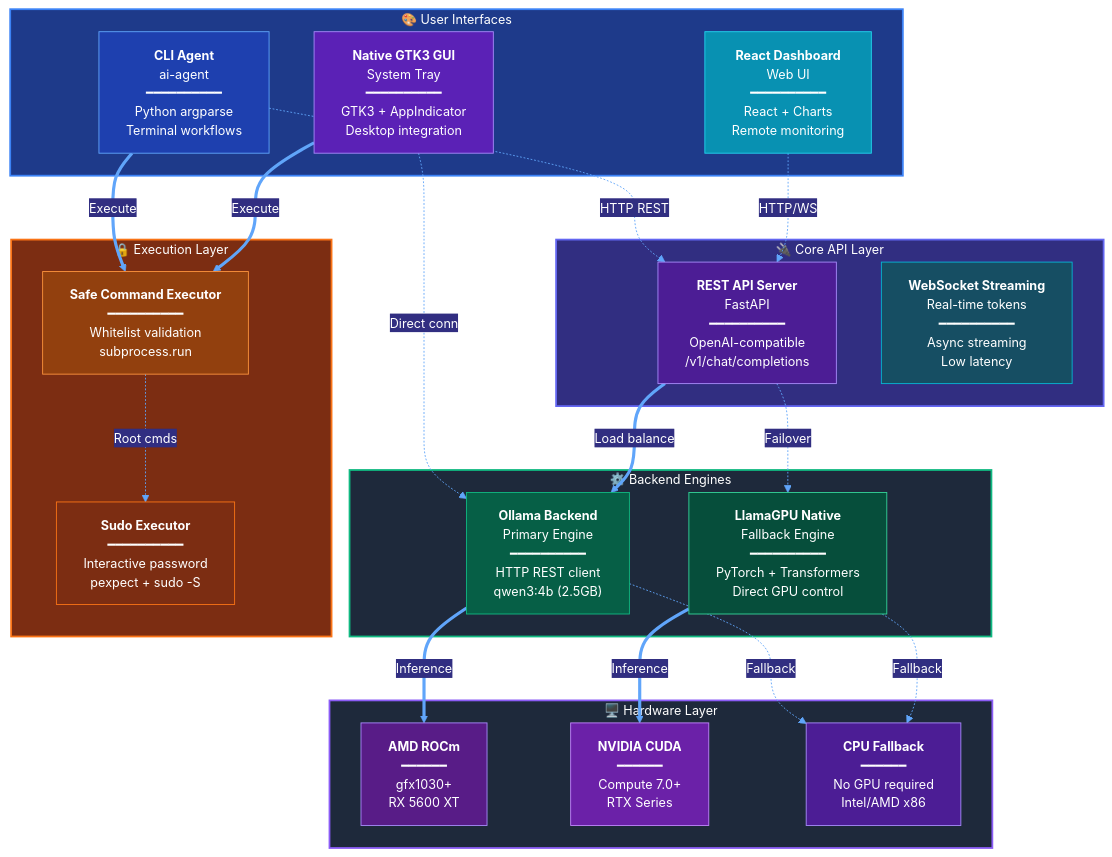
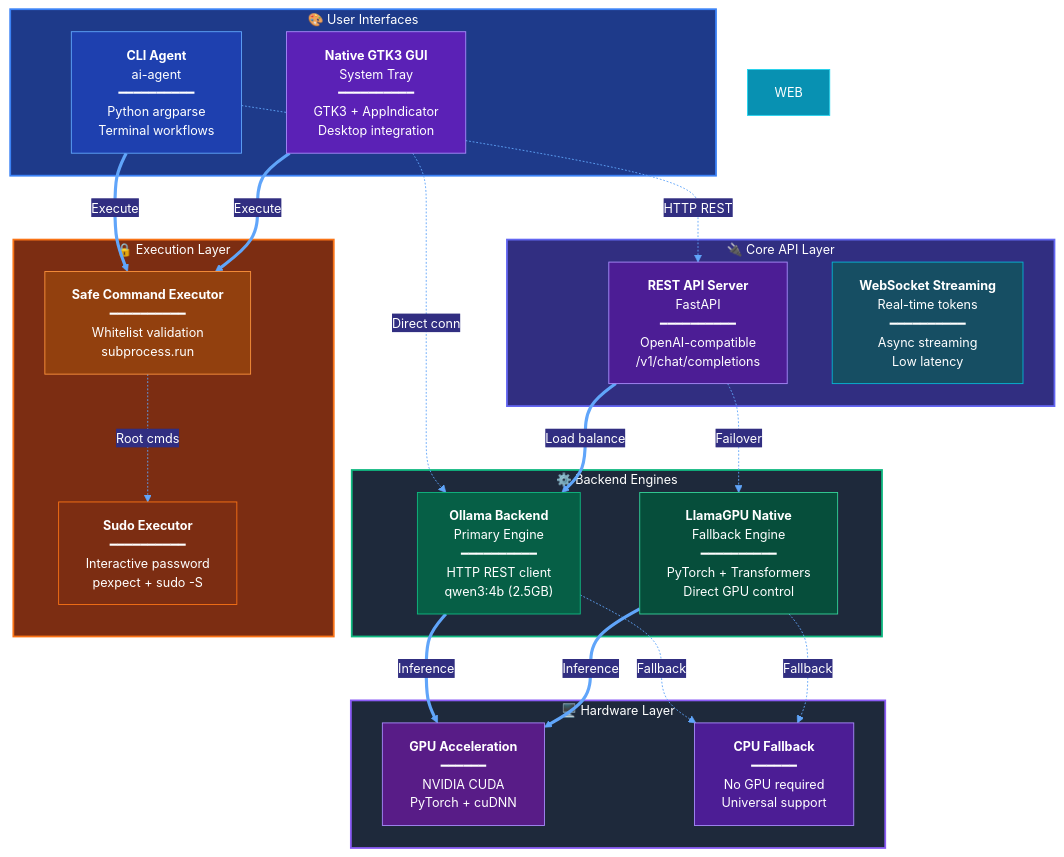
The first of 5 diagrams in README.md (hkevin01/Llama-GPU), drawn with Mermaid before and after one commit. The commit also changed other lines of this file and 1 other file, not shown here.

````diff
--- a/README.md
+++ b/README.md
@@ -77,65 +75,61 @@
 ```mermaid
 %%{init: {'theme':'base', 'themeVariables': { 'primaryColor':'#1e3a8a','primaryTextColor':'#fff','primaryBorderColor':'#3b82f6','lineColor':'#60a5fa','secondaryColor':'#312e81','tertiaryColor':'#1e293b','background':'#0f172a','mainBkg':'#1e293b','secondaryBkg':'#312e81','tertiaryBkg':'#1e3a8a','textColor':'#e2e8f0','fontSize':'14px'}}}%%
 graph TB
     subgraph UI["🎨 User Interfaces"]
         CLI["<b>CLI Agent</b><br/>ai-agent<br/>━━━━━━━━━━<br/>Python argparse<br/>Terminal workflows"]
         GUI["<b>Native GTK3 GUI</b><br/>System Tray<br/>━━━━━━━━━━<br/>GTK3 + AppIndicator<br/>Desktop integration"]
-        WEB["<b>React Dashboard</b><br/>Web UI<br/>━━━━━━━━━━<br/>React + Charts<br/>Remote monitoring"]
     end
 
     subgraph API["🔌 Core API Layer"]
         REST["<b>REST API Server</b><br/>FastAPI<br/>━━━━━━━━━━<br/>OpenAI-compatible<br/>/v1/chat/completions"]
         WS["<b>WebSocket Streaming</b><br/>Real-time tokens<br/>━━━━━━━━━━<br/>Async streaming<br/>Low latency"]
     end
 
     subgraph BACKEND["⚙️ Backend Engines"]
         OLLAMA["<b>Ollama Backend</b><br/>Primary Engine<br/>━━━━━━━━━━<br/>HTTP REST client<br/>qwen3:4b (2.5GB)"]
         LLAMA["<b>LlamaGPU Native</b><br/>Fallback Engine<br/>━━━━━━━━━━<br/>PyTorch + Transformers<br/>Direct GPU control"]
     end
 
     subgraph EXEC["🔒 Execution Layer"]
         SAFE["<b>Safe Command Executor</b><br/>━━━━━━━━━━<br/>Whitelist validation<br/>subprocess.run"]
         SUDO["<b>Sudo Executor</b><br/>━━━━━━━━━━<br/>Interactive password<br/>pexpect + sudo -S"]
     end
 
     subgraph HW["🖥️ Hardware Layer"]
-        GPU["<b>AMD ROCm</b><br/>━━━━━━<br/>gfx1030+<br/>RX 5600 XT"]
-        CUDA["<b>NVIDIA CUDA</b><br/>━━━━━━<br/>Compute 7.0+<br/>RTX Series"]
-        CPU["<b>CPU Fallback</b><br/>━━━━━━<br/>No GPU required<br/>Intel/AMD x86"]
+        GPU["<b>GPU Acceleration</b><br/>━━━━━━<br/>NVIDIA CUDA<br/>PyTorch + cuDNN"]
+        CPU["<b>CPU Fallback</b><br/>━━━━━━<br/>No GPU required<br/>Universal support"]
     end
 
     CLI -.->|"HTTP REST"| REST
     GUI -.->|"Direct conn"| OLLAMA
-    WEB -.->|"HTTP/WS"| REST
 
     REST ==>|"Load balance"| OLLAMA
     REST -.->|"Failover"| LLAMA
 
     CLI ==>|"Execute"| SAFE
     GUI ==>|"Execute"| SAFE
     SAFE -.->|"Root cmds"| SUDO
 
     OLLAMA ==>|"Inference"| GPU
     OLLAMA -.->|"Fallback"| CPU
-    LLAMA ==>|"Inference"| CUDA
+    LLAMA ==>|"Inference"| GPU
     LLAMA -.->|"Fallback"| CPU
 
     style UI fill:#1e3a8a,stroke:#3b82f6,stroke-width:2px,color:#fff
     style API fill:#312e81,stroke:#6366f1,stroke-width:2px,color:#fff
     style BACKEND fill:#1e293b,stroke:#10b981,stroke-width:2px,color:#fff
     style EXEC fill:#7c2d12,stroke:#f97316,stroke-width:2px,color:#fff
     style HW fill:#1e293b,stroke:#8b5cf6,stroke-width:2px,color:#fff
 
     style CLI fill:#1e40af,stroke:#60a5fa,color:#fff
     style GUI fill:#5b21b6,stroke:#a78bfa,color:#fff
     style WEB fill:#0891b2,stroke:#22d3ee,color:#fff
     style REST fill:#4c1d95,stroke:#a78bfa,color:#fff
     style WS fill:#164e63,stroke:#06b6d4,color:#fff
     style OLLAMA fill:#065f46,stroke:#10b981,color:#fff
     style LLAMA fill:#064e3b,stroke:#34d399,color:#fff
     style SAFE fill:#92400e,stroke:#fb923c,color:#fff
     style SUDO fill:#7c2d12,stroke:#f97316,color:#fff
     style GPU fill:#581c87,stroke:#a78bfa,color:#fff
-    style CUDA fill:#6b21a8,stroke:#c084fc,color:#fff
     style CPU fill:#4c1d95,stroke:#a78bfa,color:#fff
 ```
````
